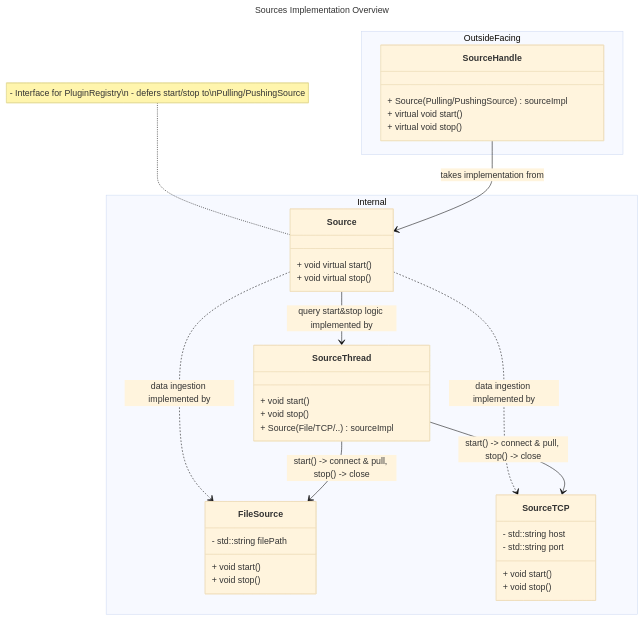
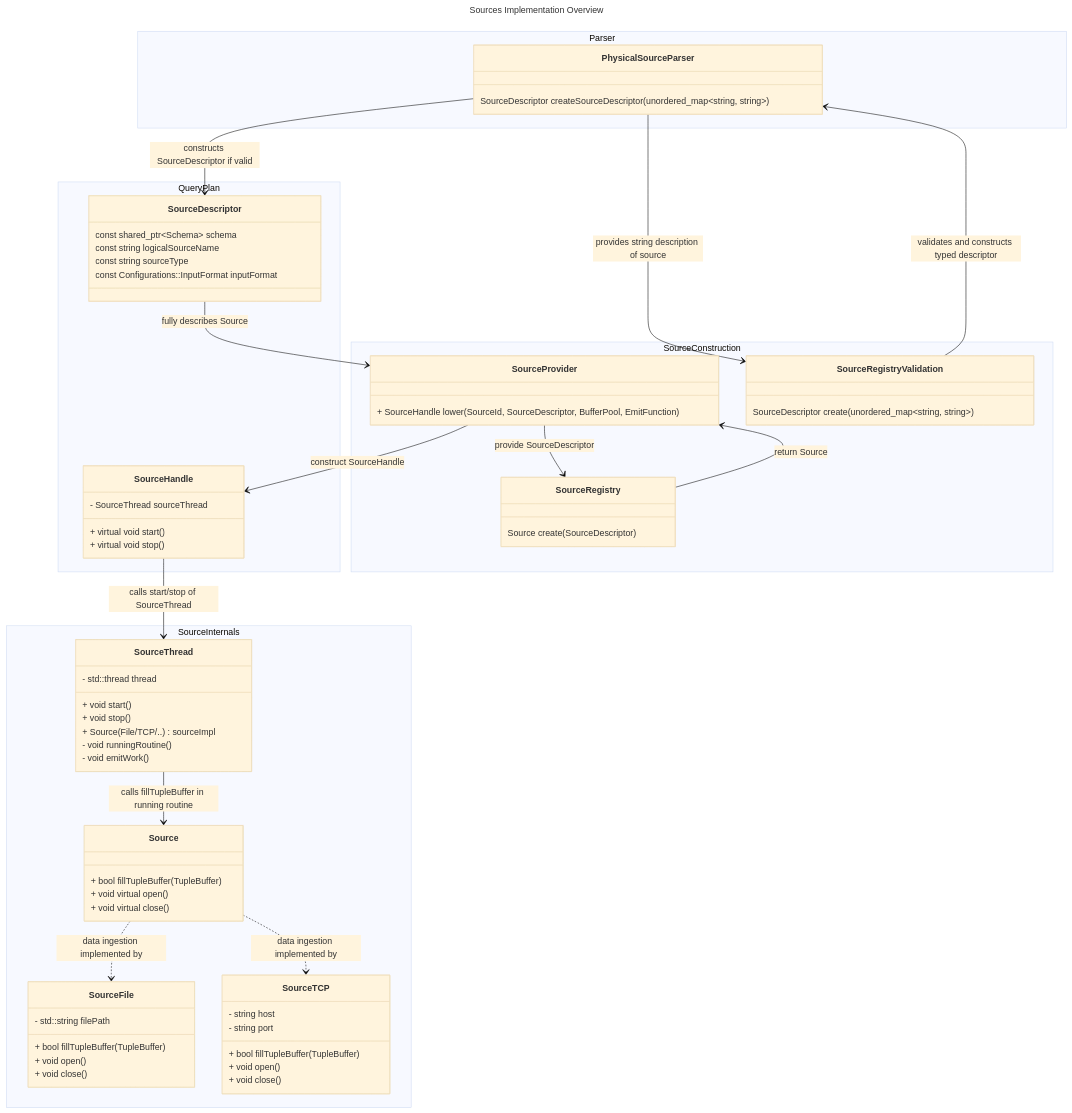
Before and after one commit to nebulastream/nebulastream: the diagram in nes-sources/src/ClassHierarchy.md, drawn with Mermaid (base theme). The commit also changed other lines of this file and 1 other file, not shown here.

````diff
--- a/nes-sources/src/ClassHierarchy.md
+++ b/nes-sources/src/ClassHierarchy.md
@@ -61,49 +12,81 @@
 ```mermaid
 ---
 title: Sources Implementation Overview
 ---
 classDiagram
-    SourceHandle --> Source : takes implementation from
-    Source --> SourceThread : query start&stop logic implemented by
-    Source ..> FileSource : data ingestion implemented by 
+    SourceHandle --> SourceThread : calls start/stop of SourceThread
+    SourceThread --> Source : calls fillTupleBuffer in running routine
+    Source ..> SourceFile : data ingestion implemented by
     Source ..> SourceTCP : data ingestion implemented by
-    SourceThread --> FileSource : start() -> connect & pull, stop() -> close
-    SourceThread --> SourceTCP : start() -> connect & pull, stop() -> close
+    SourceProvider --> SourceRegistry : provide SourceDescriptor
+    SourceRegistry --> SourceProvider : return Source
+    SourceProvider --> SourceHandle : construct SourceHandle
+    SourceDescriptor --> SourceProvider : fully describes Source
+    PhysicalSourceParser --> SourceRegistryValidation : provides string description of source
+    SourceRegistryValidation --> PhysicalSourceParser : validates and constructs typed descriptor
+    PhysicalSourceParser --> SourceDescriptor : constructs SourceDescriptor if valid
     
-    note for Source "- Interface for PluginRegistry\n - defers start/stop to\nPulling/PushingSource"
-    
-namespace OutsideFacing {
-    class SourceHandle {
-        + Source(Pulling/PushingSource) sourceImpl
-        + virtual void start()
-        + virtual void stop()
+    namespace Parser {
+        class PhysicalSourceParser {
+            SourceDescriptor createSourceDescriptor(unordered_map~string, string~)
+        }
     }
-}
+    namespace QueryPlan {
+        class SourceDescriptor {
+            const shared_ptr~Schema~ schema
+            const string logicalSourceName
+            const string sourceType
+            const Configurations::InputFormat inputFormat
+        }
+        class SourceHandle {
+            + virtual void start()
+            + virtual void stop()
+            - SourceThread sourceThread
+        }
+    }
+    namespace SourceConstruction {
+        class SourceProvider {
+            + SourceHandle lower(SourceId, SourceDescriptor, BufferPool, EmitFunction)
+        }
 
-namespace Internal {
+        class SourceRegistry {
+            Source create(SourceDescriptor)
+        }
+
+        class SourceRegistryValidation {
+            SourceDescriptor create(unordered_map~string, string~)
+        }
+    }
+
+    namespace SourceInternals {
+        class SourceThread {
+            + void start()
+            + void stop()
+            + Source(File/TCP/..) sourceImpl
+            - std::thread thread
+            - void runningRoutine()
+            - void emitWork()
+        }
     %% Source is the interface for the PluginRegistry for sources
-    class Source {
-        + void virtual start()
-        + void virtual stop()
+        class Source {
+            + bool fillTupleBuffer(TupleBuffer)
+            + void virtual open()
+            + void virtual close()
+        }
+
+        class SourceFile {
+            + bool fillTupleBuffer(TupleBuffer)
+            + void open()
+            + void close()
+            - std::string filePath
+        }
+
+        class SourceTCP {
+            + bool fillTupleBuffer(TupleBuffer)
+            + void open()
+            + void close()
+            - string host
+            - string port
+        }
     }
-    
-    class SourceThread {
-        + void start()
-        + void stop()
-        + Source(File/TCP/..) sourceImpl
-    }
-    
-    class FileSource {
-        + void start()
-        + void stop()
-        - std::string filePath
-    }
-    
-    class SourceTCP {
-        + void start()
-        + void stop()
-        - std::string host
-        - std::string port
-    }
-}
 ```
````
